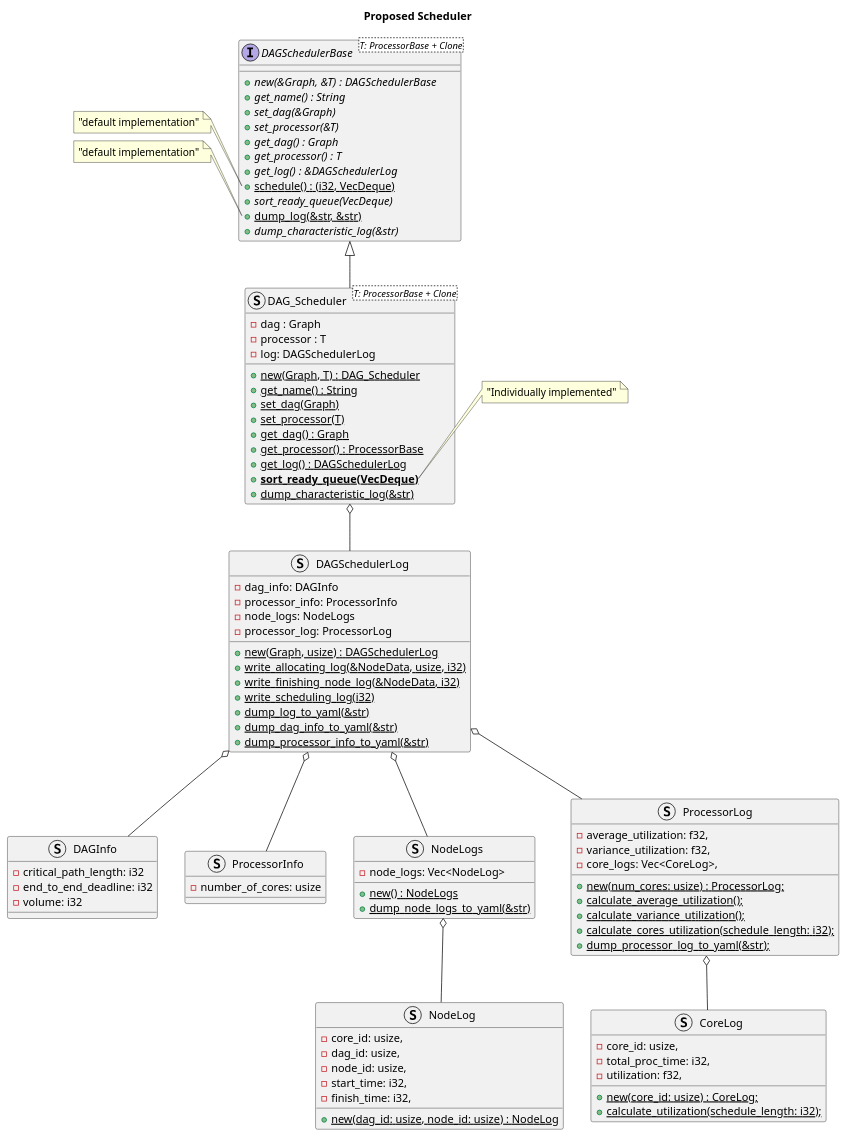
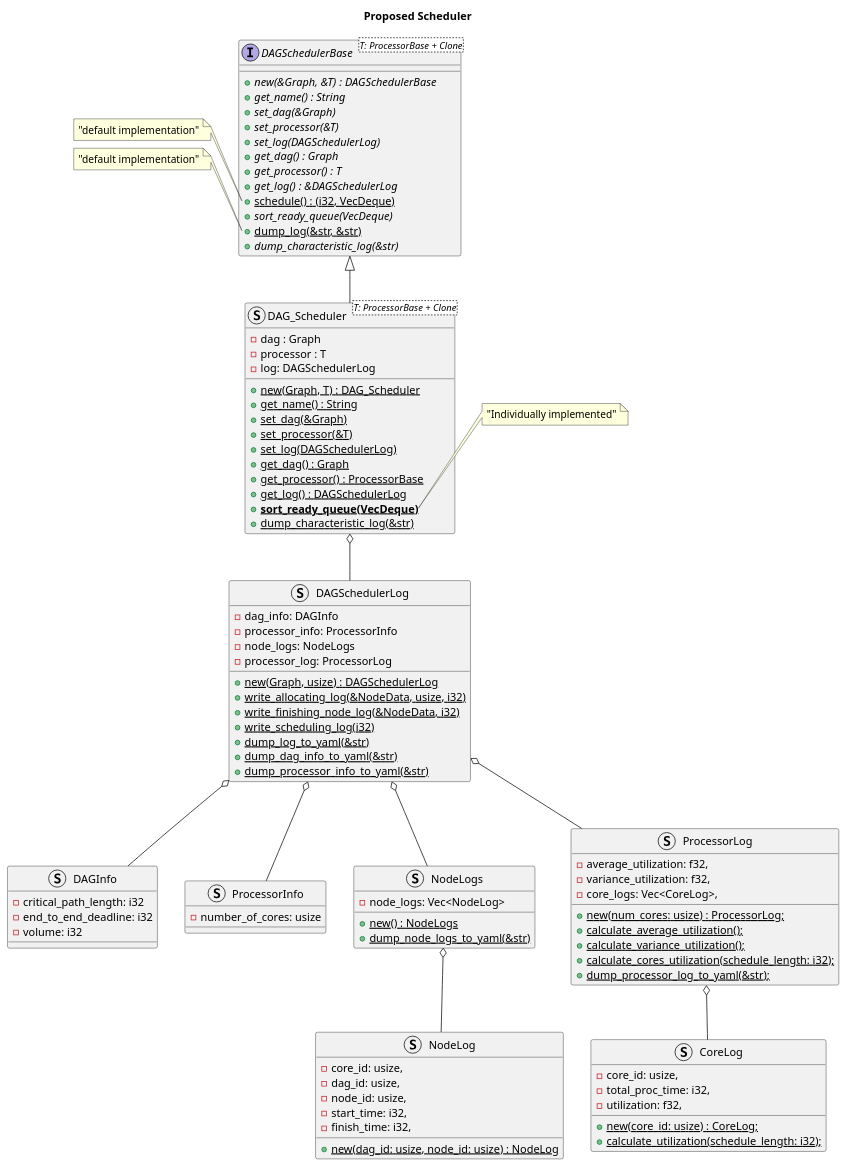
The diagram in UML/DAGScheduler.pu (emb4-team/sched_sim_rust), drawn with PlantUML before and after one commit. The commit also changed 4 other files, not shown here.

```diff
--- a/UML/DAGScheduler.pu
+++ b/UML/DAGScheduler.pu
@@ -1,120 +1,122 @@
 @startuml DAG_Scheduler
 title Proposed Scheduler
 
     interface DAGSchedulerBase<T: ProcessorBase + Clone> {
         + {abstract} new(&Graph, &T) : DAGSchedulerBase
         + {abstract} get_name() : String
         + {abstract} set_dag(&Graph)
         + {abstract} set_processor(&T)
+        + {abstract} set_log(DAGSchedulerLog)
         + {abstract} get_dag() : Graph
         + {abstract} get_processor() : T
         + {abstract} get_log() : &DAGSchedulerLog
         + {static} schedule() : (i32, VecDeque)
         + {abstract} sort_ready_queue(VecDeque)
         + {static} dump_log(&str, &str)
         + {abstract} dump_characteristic_log(&str)
     }
 
     note left of DAGSchedulerBase::schedule
     "default implementation"
     end note
 
     note left of DAGSchedulerBase::dump_log
     "default implementation"
     end note
 
     struct DAGInfo {
         - critical_path_length: i32
         - end_to_end_deadline: i32
         - volume: i32
     }
 
     struct ProcessorInfo {
         - number_of_cores: usize
     }
 
     struct DAGSchedulerLog {
         - dag_info: DAGInfo
         - processor_info: ProcessorInfo
         - node_logs: NodeLogs
         - processor_log: ProcessorLog
 
         + {static} new(Graph, usize) : DAGSchedulerLog
         + {static} write_allocating_log(&NodeData, usize, i32)
         + {static} write_finishing_node_log(&NodeData, i32)
         + {static} write_scheduling_log(i32)
         + {static} dump_log_to_yaml(&str)
         + {static} dump_dag_info_to_yaml(&str)
         + {static} dump_processor_info_to_yaml(&str)
     }
 
     struct DAG_Scheduler<T: ProcessorBase + Clone> {
         - dag : Graph
         - processor : T
         - log: DAGSchedulerLog
         + {static} new(Graph, T) : DAG_Scheduler
         + {static} get_name() : String
-        + {static} set_dag(Graph)
-        + {static} set_processor(T)
+        + {static} set_dag(&Graph)
+        + {static} set_processor(&T)
+        + {static} set_log(DAGSchedulerLog)
         + {static} get_dag() : Graph
         + {static} get_processor() : ProcessorBase
         + {static} get_log() : DAGSchedulerLog
         + **{static} sort_ready_queue(VecDeque)**
         + {static} dump_characteristic_log(&str)
     }
 
     note right of DAG_Scheduler::sort_ready_queue
     "Individually implemented"
     end note
 
     struct NodeLogs {
         - node_logs: Vec<NodeLog>
 
         + {static} new() : NodeLogs
         + {static} dump_node_logs_to_yaml(&str)
     }
     
     struct NodeLog {
         - core_id: usize,
         - dag_id: usize,
         - node_id: usize,
         - start_time: i32,
         - finish_time: i32,
 
         + {static} new(dag_id: usize, node_id: usize) : NodeLog
     }
 
     struct ProcessorLog {
         - average_utilization: f32,
         - variance_utilization: f32,
         - core_logs: Vec<CoreLog>,
 
         + {static} new(num_cores: usize) : ProcessorLog;
         + {static} calculate_average_utilization();
         + {static} calculate_variance_utilization();
         + {static} calculate_cores_utilization(schedule_length: i32);
         + {static} dump_processor_log_to_yaml(&str);
     }
 
     struct CoreLog {
         - core_id: usize,
         - total_proc_time: i32,
         - utilization: f32,
 
         + {static} new(core_id: usize) : CoreLog;
         + {static} calculate_utilization(schedule_length: i32);
     }  
 
     DAGSchedulerBase <|-down- DAG_Scheduler
 
     DAGSchedulerLog o-down- DAGInfo
     DAGSchedulerLog o-down- ProcessorInfo
 
     DAG_Scheduler o-down- DAGSchedulerLog
     DAGSchedulerLog o-down- NodeLogs
     NodeLogs o-down- NodeLog
     DAGSchedulerLog o-down- ProcessorLog
     ProcessorLog o-down- CoreLog
 
 
 @enduml
```
